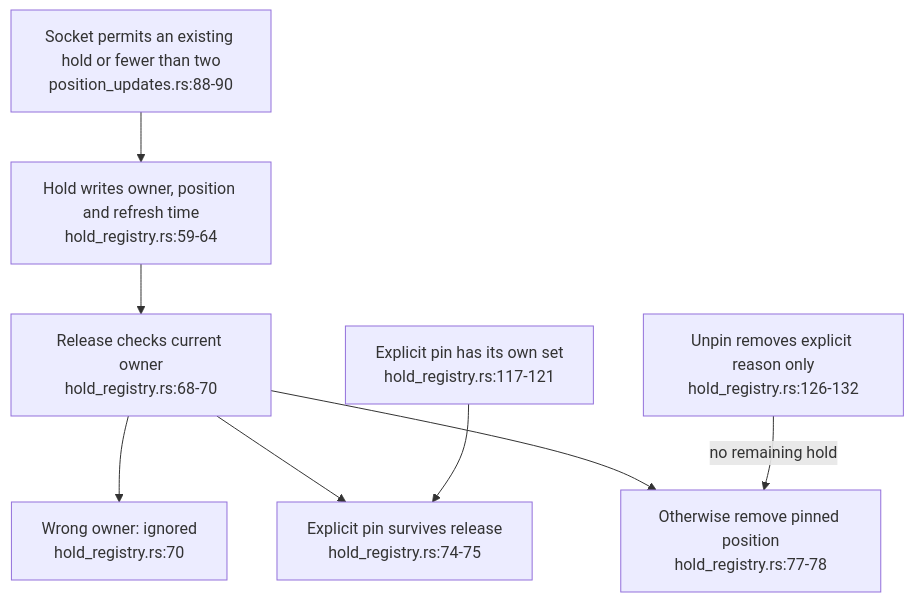
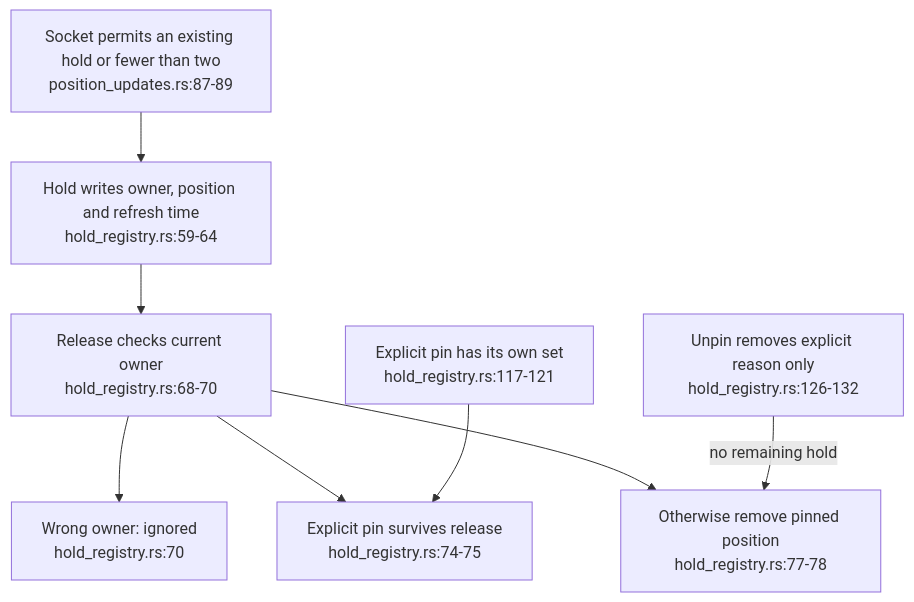
Before and after one commit to DreamLab-AI/VisionFlow: the first of 7 diagrams in docs/diagrams/visionclaw/52-drag-holds-and-observation-gates.md, drawn with Mermaid. The commit also changed other lines of this file and 56 other files, not shown here.

First line of the commit message:
docs(diagrams): re-verify VisionClaw topics at ec785afa9, add VC-19/56/57 and the VisionClaw register

````diff
--- a/docs/diagrams/visionclaw/52-drag-holds-and-observation-gates.md
+++ b/docs/diagrams/visionclaw/52-drag-holds-and-observation-gates.md
@@ -38,10 +39,10 @@
 ```mermaid
 flowchart TD
-    SOCKET["Socket permits an existing hold or fewer than two<br/>position_updates.rs:88-90"] --> HOLD["Hold writes owner, position and refresh time<br/>hold_registry.rs:59-64"]
+    SOCKET["Socket permits an existing hold or fewer than two<br/>position_updates.rs:87-89"] --> HOLD["Hold writes owner, position and refresh time<br/>hold_registry.rs:59-64"]
     HOLD --> RELEASE["Release checks current owner<br/>hold_registry.rs:68-70"]
     RELEASE --> OTHER["Wrong owner: ignored<br/>hold_registry.rs:70"]
     RELEASE --> PIN["Explicit pin survives release<br/>hold_registry.rs:74-75"]
     RELEASE --> FREE["Otherwise remove pinned position<br/>hold_registry.rs:77-78"]
     EXPLICIT["Explicit pin has its own set<br/>hold_registry.rs:117-121"] --> PIN
     UNPIN["Unpin removes explicit reason only<br/>hold_registry.rs:126-132"] -->|no remaining hold| FREE
 ```
````
